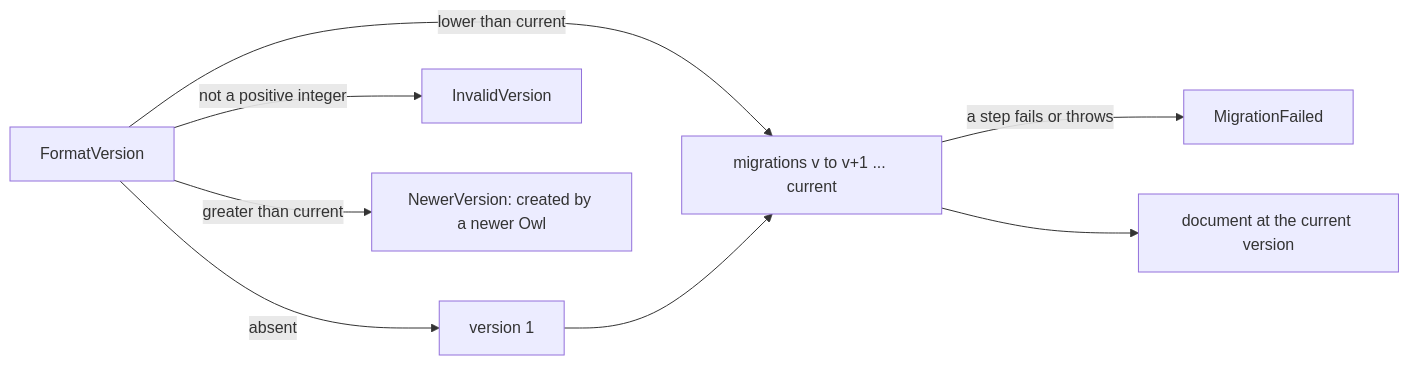
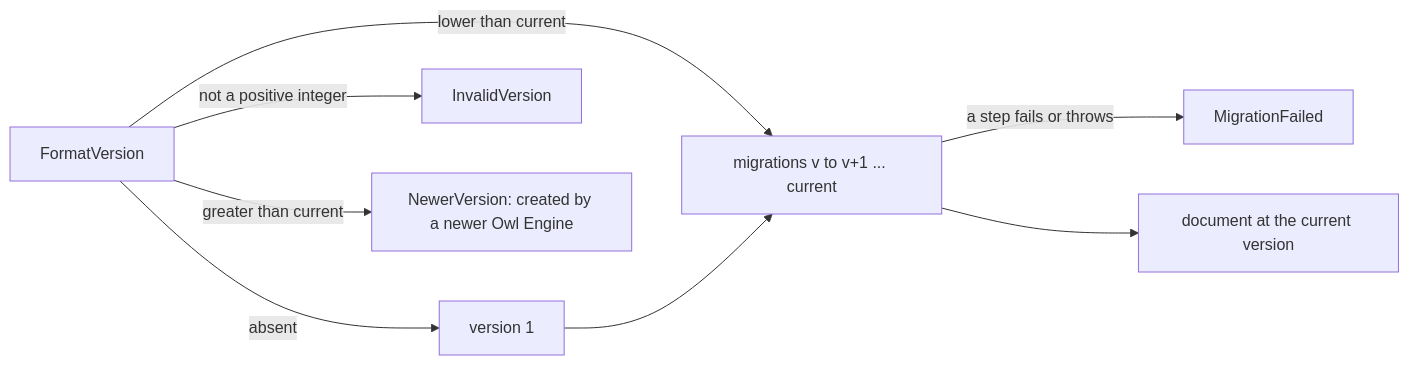
The fifth of 6 diagrams in doc/pages/scene.md (Silmaen/Owl), drawn with Mermaid before and after one commit. The commit also changed other lines of this file and 52 other files, not shown here.

````diff
--- a/doc/pages/scene.md
+++ b/doc/pages/scene.md
@@ -946,10 +918,10 @@
 ```mermaid
 flowchart LR
     A[FormatVersion] -->|absent| B[version 1]
     A -->|not a positive integer| E1[InvalidVersion]
-    A -->|greater than current| E2[NewerVersion: created by a newer Owl]
+    A -->|greater than current| E2[NewerVersion: created by a newer Owl Engine]
     A -->|lower than current| M[migrations v to v+1 ... current]
     B --> M
     M -->|a step fails or throws| E3[MigrationFailed]
     M --> OK[document at the current version]
 ```
````
